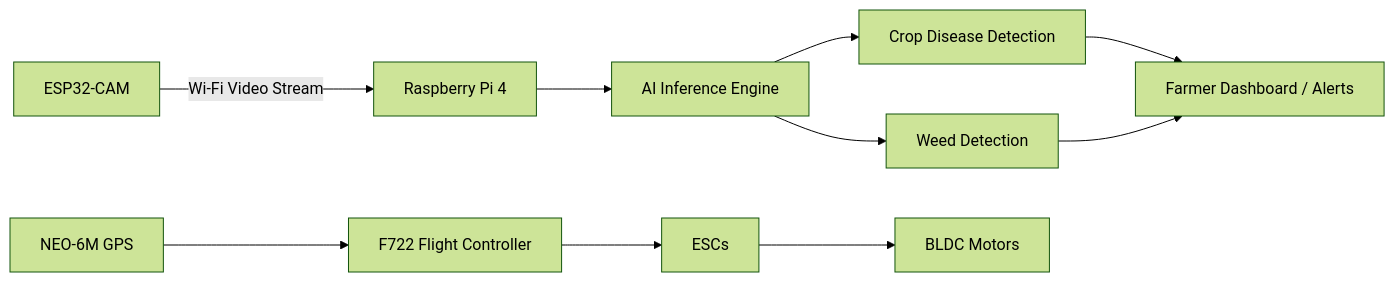
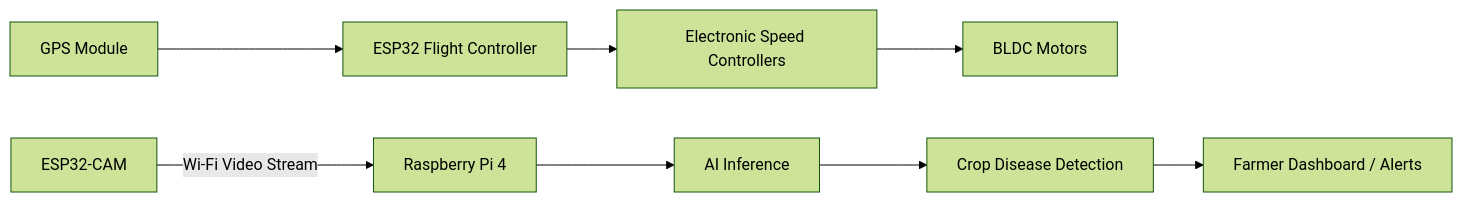
The diagram in README.md (aarushpandit01/Agrosense-Drone), drawn with Mermaid (forest theme) before and after one commit. The commit also changed other lines of this file, not shown here.

````diff
--- a/README.md
+++ b/README.md
@@ -6,26 +5,23 @@
 ```mermaid
 flowchart LR
 
+    GPS[GPS Module]
+    ESP32[ESP32 Flight Controller]
+    ESC[Electronic Speed Controllers]
+    MOTOR[BLDC Motors]
+
     CAM[ESP32-CAM]
     PI[Raspberry Pi 4]
-    AI[AI Inference Engine]
-    DD[Crop Disease Detection]
-    WD[Weed Detection]
+    AI[AI Inference]
+    DISEASE[Crop Disease Detection]
     DASH[Farmer Dashboard / Alerts]
 
-    GPS[NEO-6M GPS]
-    FC[F722 Flight Controller]
-    ESC[ESCs]
-    MOTOR[BLDC Motors]
+    GPS --> ESP32
+    ESP32 --> ESC
+    ESC --> MOTOR
 
     CAM -->|Wi-Fi Video Stream| PI
     PI --> AI
-    AI --> DD
-    AI --> WD
-    DD --> DASH
-    WD --> DASH
-
-    GPS --> FC
-    FC --> ESC
-    ESC --> MOTOR
+    AI --> DISEASE
+    DISEASE --> DASH
 ```
````
